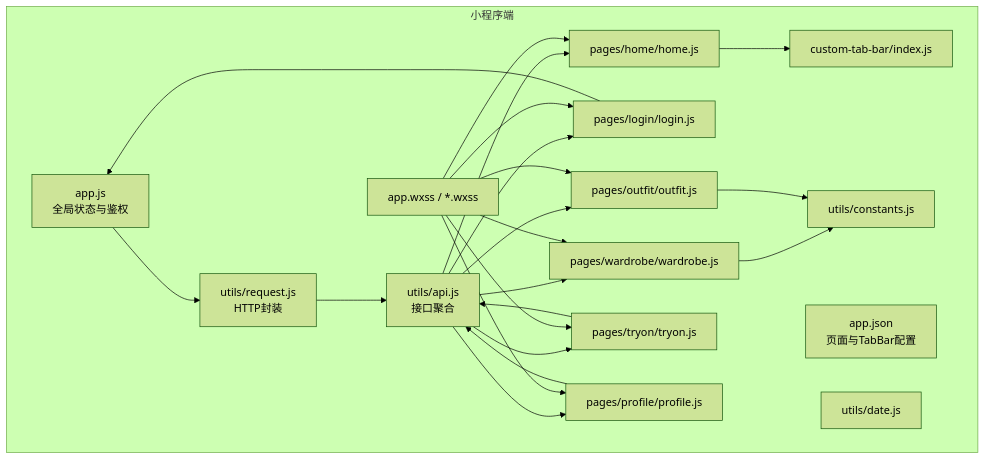
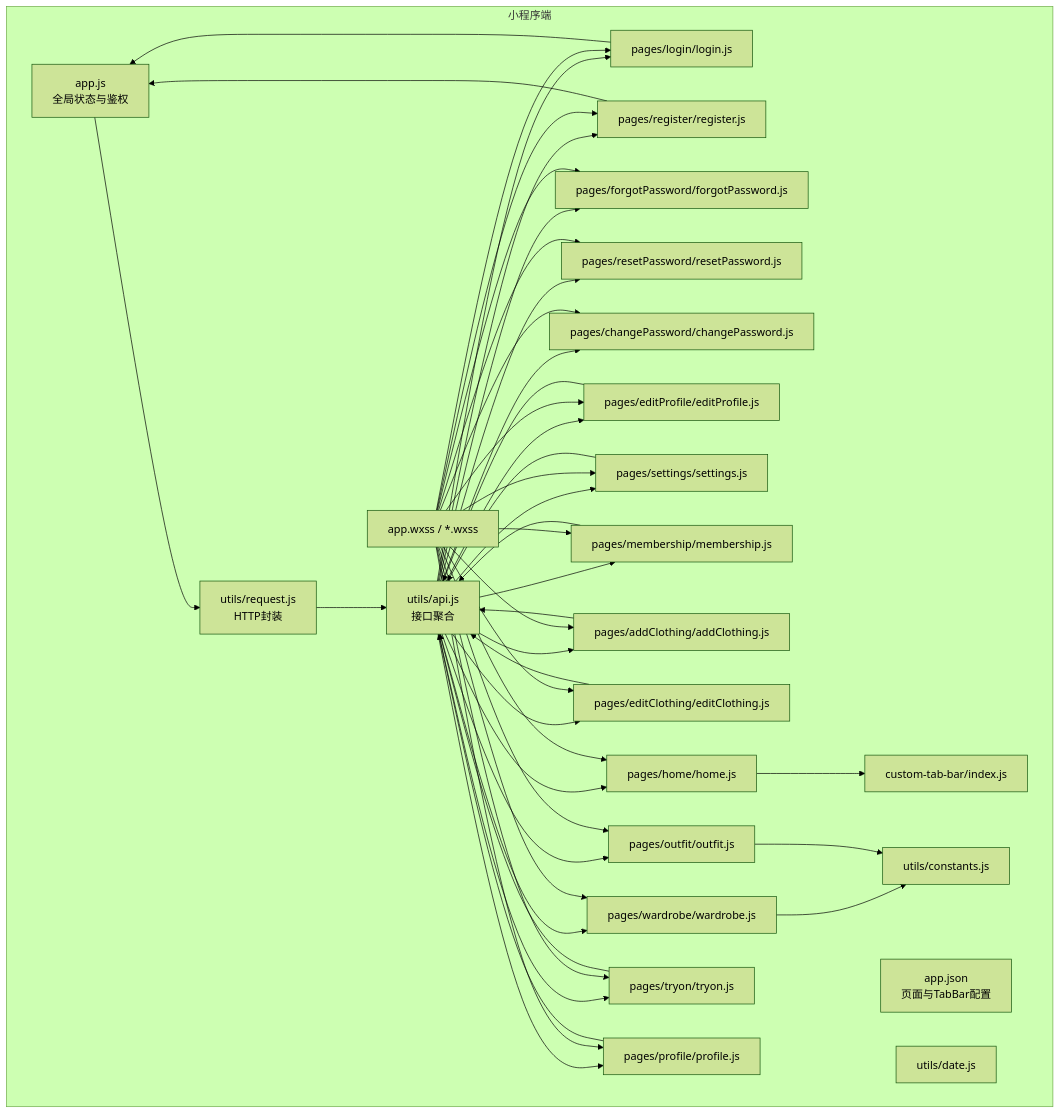
One commit to lsqwawa/free-dress changed the first of 12 diagrams in .qoder/repowiki/zh/content/微信小程序开发/微信小程序开发.md. Above: the diagram before and after it, drawn with Mermaid (forest theme). The commit also changed other lines of this file and 55 other files, not shown here.

````diff
--- a/.qoder/repowiki/zh/content/微信小程序开发/微信小程序开发.md
+++ b/.qoder/repowiki/zh/content/微信小程序开发/微信小程序开发.md
@@ -71,39 +103,72 @@
 ```mermaid
 graph TB
 subgraph "小程序端"
 APPJS["app.js<br/>全局状态与鉴权"]
 APPJSON["app.json<br/>页面与TabBar配置"]
 REQ["utils/request.js<br/>HTTP封装"]
 API["utils/api.js<br/>接口聚合"]
+LOGIN["pages/login/login.js"]
+REGISTER["pages/register/register.js"]
+FORGOT["pages/forgotPassword/forgotPassword.js"]
+RESET["pages/resetPassword/resetPassword.js"]
+CHANGE["pages/changePassword/changePassword.js"]
+EDITPROFILE["pages/editProfile/editProfile.js"]
+SETTINGS["pages/settings/settings.js"]
+MEMBERSHIP["pages/membership/membership.js"]
+ADD["pages/addClothing/addClothing.js"]
+EDIT["pages/editClothing/editClothing.js"]
 HOME["pages/home/home.js"]
-LOGIN["pages/login/login.js"]
 WARDROBE["pages/wardrobe/wardrobe.js"]
 OUTFIT["pages/outfit/outfit.js"]
 TRYON["pages/tryon/tryon.js"]
 PROFILE["pages/profile/profile.js"]
 TABBAR["custom-tab-bar/index.js"]
 CONST["utils/constants.js"]
 DATE["utils/date.js"]
 WXSS["app.wxss / *.wxss"]
 end
 APPJS --> REQ
 REQ --> API
+API --> LOGIN
+API --> REGISTER
+API --> FORGOT
+API --> RESET
+API --> CHANGE
+API --> EDITPROFILE
+API --> SETTINGS
+API --> MEMBERSHIP
+API --> ADD
+API --> EDIT
 API --> HOME
-API --> LOGIN
 API --> WARDROBE
 API --> OUTFIT
 API --> TRYON
 API --> PROFILE
+LOGIN --> APPJS
+REGISTER --> APPJS
+MEMBERSHIP --> API
+EDITPROFILE --> API
+SETTINGS --> API
+ADD --> API
+EDIT --> API
 HOME --> TABBAR
 WARDROBE --> CONST
 OUTFIT --> CONST
 TRYON --> API
-LOGIN --> APPJS
 PROFILE --> API
 WXSS --> HOME
 WXSS --> LOGIN
+WXSS --> REGISTER
+WXSS --> FORGOT
+WXSS --> RESET
+WXSS --> CHANGE
+WXSS --> EDITPROFILE
+WXSS --> SETTINGS
+WXSS --> MEMBERSHIP
+WXSS --> ADD
+WXSS --> EDIT
 WXSS --> WARDROBE
 WXSS --> OUTFIT
 WXSS --> TRYON
 WXSS --> PROFILE
 ```
````
